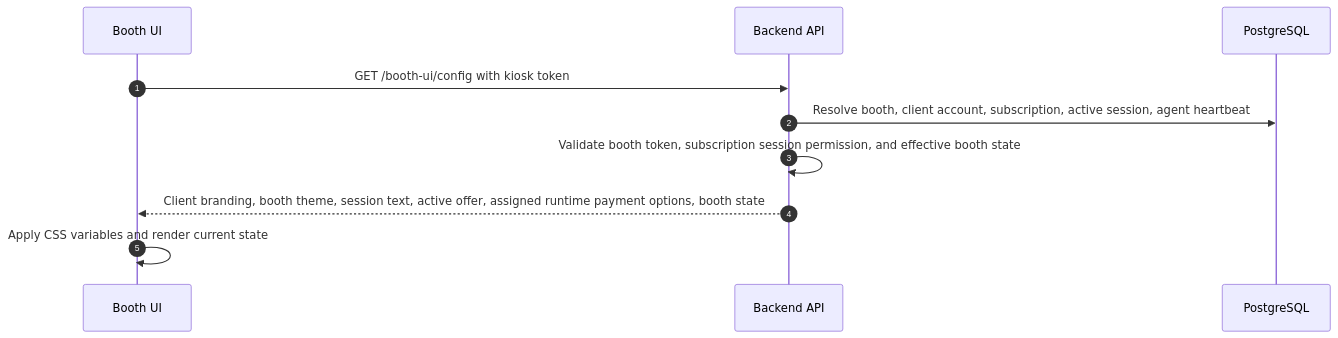
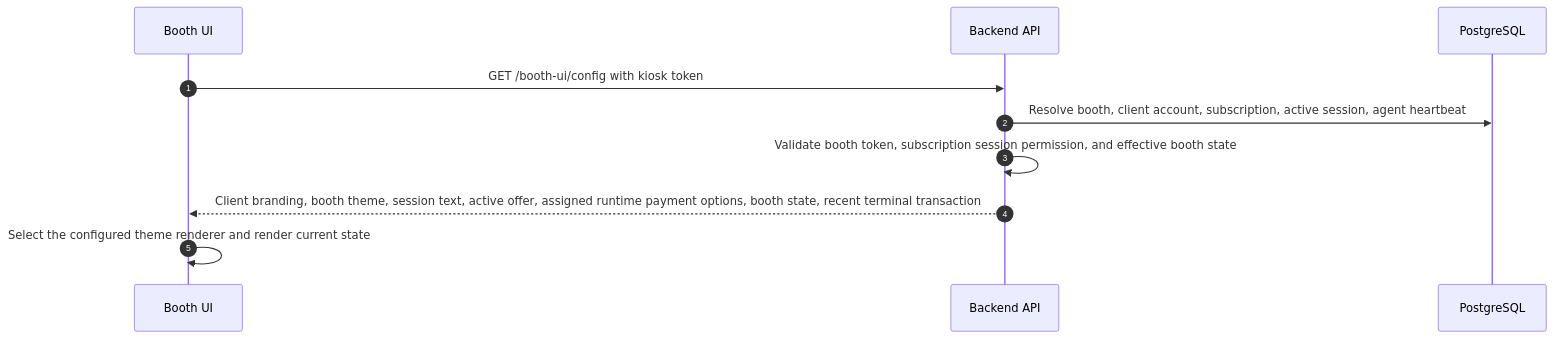
One commit to quinjan/PhotoBIZ changed the fourth of 9 diagrams in docs/ARCHITECTURE.md. Above: the diagram before and after it, drawn with Mermaid. The commit also changed other lines of this file and 54 other files, not shown here.

````diff
--- a/docs/ARCHITECTURE.md
+++ b/docs/ARCHITECTURE.md
@@ -100,13 +102,13 @@
 ```mermaid
 sequenceDiagram
   autonumber
   participant B as Booth UI
   participant API as Backend API
   participant DB as PostgreSQL
 
   B->>API: GET /booth-ui/config with kiosk token
   API->>DB: Resolve booth, client account, subscription, active session, agent heartbeat
   API->>API: Validate booth token, subscription session permission, and effective booth state
-  API-->>B: Client branding, booth theme, session text, active offer, assigned runtime payment options, booth state
-  B->>B: Apply CSS variables and render current state
+  API-->>B: Client branding, booth theme, session text, active offer, assigned runtime payment options, booth state, recent terminal transaction
+  B->>B: Select the configured theme renderer and render current state
 ```
````
